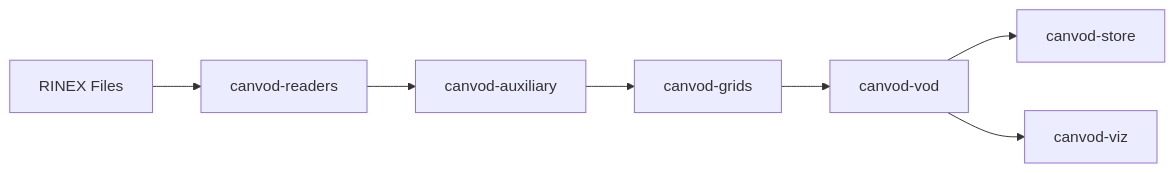
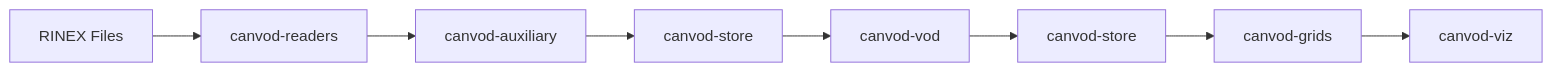
One commit to mfkiwl/canvodpy changed the diagram in docs/index.md. Above: the diagram before and after it, drawn with Mermaid.

Commit message:
fix(docs): pipeline diagram updated

````diff
--- a/docs/index.md
+++ b/docs/index.md
@@ -28,9 +28,10 @@
 ```mermaid
 graph LR
     A[RINEX Files] --> B[canvod-readers]
     B --> C[canvod-auxiliary]
-    C --> D[canvod-grids]
-    D --> E[canvod-vod]
-    E --> F[canvod-store]
-    E --> G[canvod-viz]
+    C --> D1[canvod-store]
+    D1 --> E[canvod-vod]
+    E --> D2[canvod-store]
+    D2 --> F[canvod-grids]
+    F --> G[canvod-viz]
 ```
````
